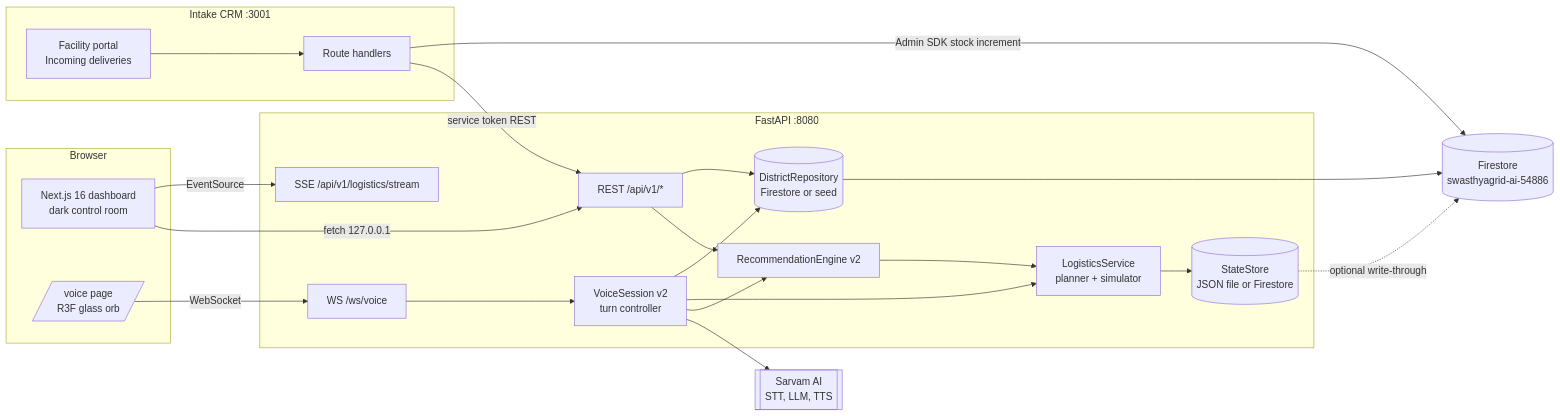
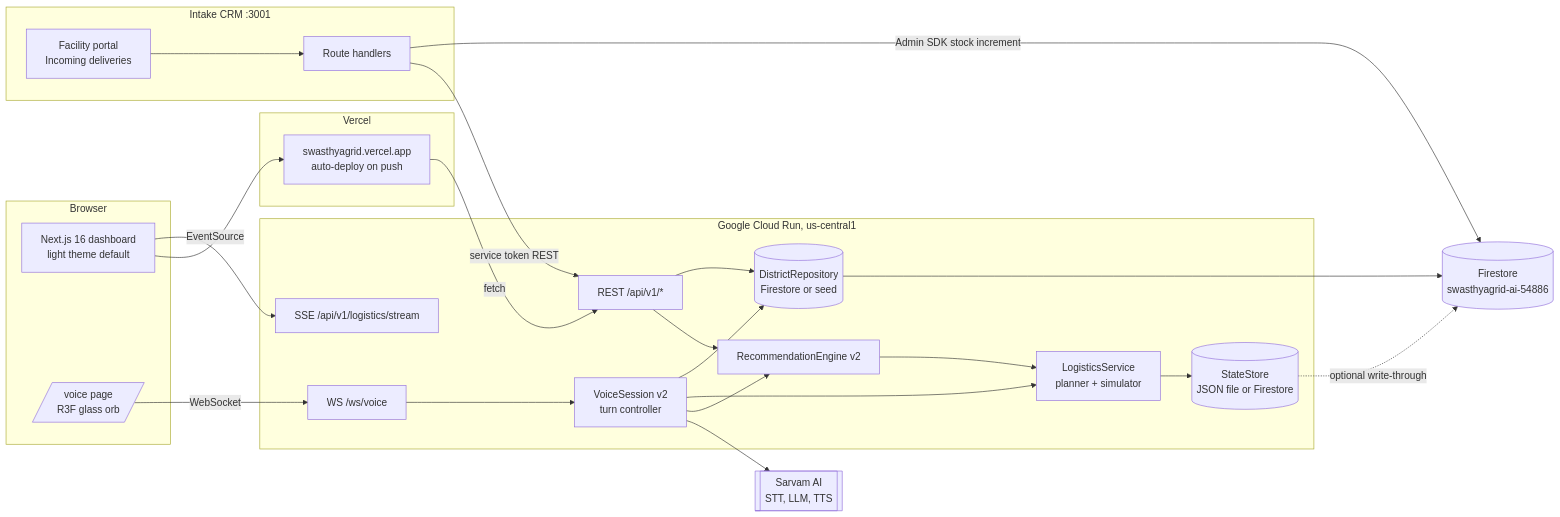
Before and after one commit to harshkawatra11/SwasthyaGrid-HealthTech: the second of 5 diagrams in README.md, drawn with Mermaid. The commit also changed other lines of this file and 1 other file, not shown here.

First line of the commit message:
docs: rebuild README with full architecture diagrams, stack map and heatmaps

````diff
--- a/README.md
+++ b/README.md
@@ -42,35 +154,39 @@
 ```mermaid
 flowchart LR
   subgraph Browser
-    UI[Next.js 16 dashboard<br/>dark control room]
+    UI[Next.js 16 dashboard<br/>light theme default]
     VP[/voice page<br/>R3F glass orb/]
   end
-  subgraph Backend[FastAPI :8080]
+  subgraph Vercel[Vercel]
+    VDEP[swasthyagrid.vercel.app<br/>auto-deploy on push]
+  end
+  subgraph CloudRun[Google Cloud Run, us-central1]
     API[REST /api/v1/*]
     SSE[SSE /api/v1/logistics/stream]
     WS[WS /ws/voice]
     REC[RecommendationEngine v2]
     LOG[LogisticsService<br/>planner + simulator]
     STORE[(StateStore<br/>JSON file or Firestore)]
     REPO[(DistrictRepository<br/>Firestore or seed)]
     VOICE[VoiceSession v2<br/>turn controller]
   end
   subgraph CRM[Intake CRM :3001]
     CRMUI[Facility portal<br/>Incoming deliveries]
     CRMAPI[Route handlers]
   end
   FS[(Firestore<br/>swasthyagrid-ai-54886)]
   SARVAM[[Sarvam AI<br/>STT, LLM, TTS]]
-  UI -- fetch 127.0.0.1 --> API
+  UI --> VDEP
+  VDEP -- fetch --> API
   UI -- EventSource --> SSE
   VP -- WebSocket --> WS
   WS --> VOICE --> SARVAM
   VOICE --> REC & LOG & REPO
   API --> REC --> LOG --> STORE
   API --> REPO
   REPO --> FS
   STORE -.optional write-through.-> FS
   CRMUI --> CRMAPI
   CRMAPI -- service token REST --> API
   CRMAPI -- Admin SDK stock increment --> FS
 ```
````
